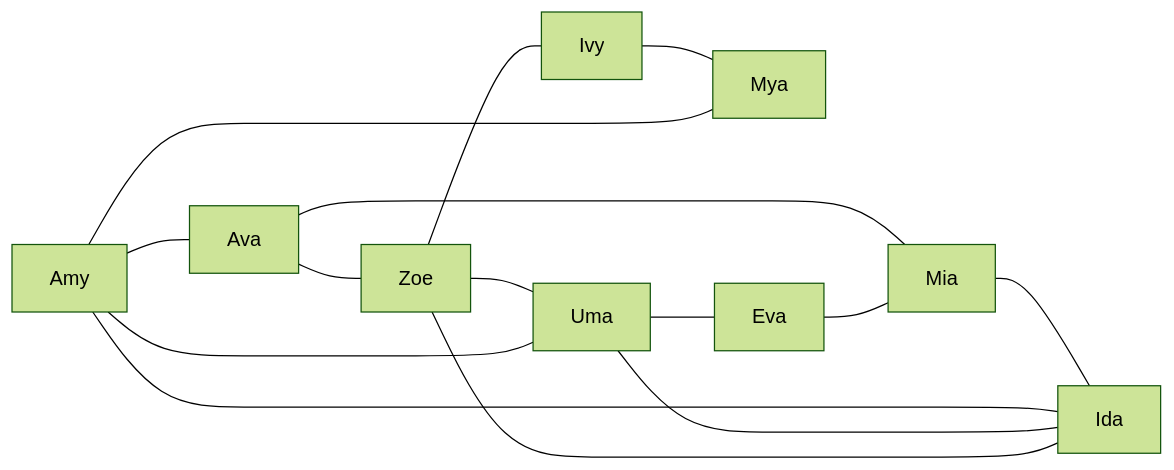
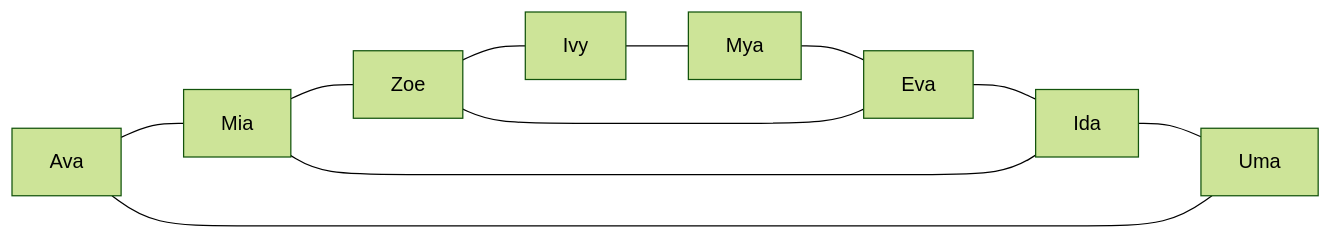
Before and after one commit to sorukumar/blog: the first of 3 diagrams in _posts/Draft-2024-04-12-Centrality-Measures.md, drawn with Mermaid (forest theme). The commit also changed other lines of this file, not shown here.

Commit message:
_posts/Draft-2024-04-12-Centrality-Measures.md updated from https://stackedit.io/

````diff
--- a/_posts/Draft-2024-04-12-Centrality-Measures.md
+++ b/_posts/Draft-2024-04-12-Centrality-Measures.md
@@ -12,31 +12,14 @@
 ```mermaid
-flowchart  LR
+flowchart LR
+    Ava --- Mia
+    Mia --- Zoe
+    Zoe --- Ivy
+    Ivy --- Mya
+    Mya --- Eva
+    Eva --- Ida
+    Ida --- Uma
+    Uma --- Ava
+    Zoe --- Eva
+    Mia --- Ida
 
-Amy  ---  Ava
-
-Ava  ---  Zoe
-
-Zoe  ---  Ivy
-
-Ivy  ---  Mya
-
-Mya  ---  Amy
-
-Ava  ---  Mia
-
-Mia  ---  Ida
-
-Ida  ---  Uma
-
-Uma  ---  Eva
-
-Eva  ---  Mia
-
-Amy  ---  Ida
-
-Ida  ---  Zoe
-
-Zoe  ---  Uma
-
-Uma  ---  Amy
    ```
````
